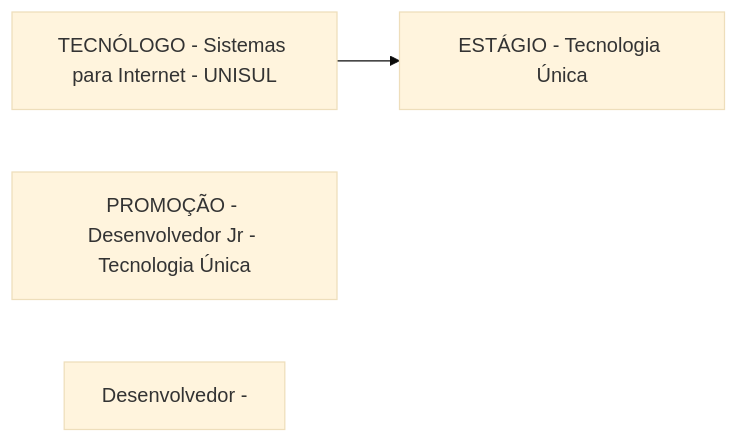
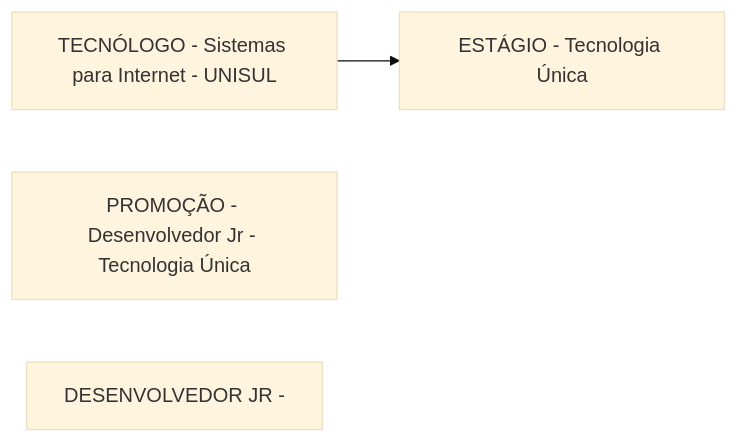
One commit to rafsp/Graduacao_FIAP changed the diagram in Advanced-Business-Development-with-.NET/1º-Semestre/Aula-01-%2D-Introdução-e-Apresentação/Apresentação-do-Professor.md. Above: the diagram before and after it, drawn with Mermaid (base theme).

Commit message:
Updated Apresentação do Professor

```diff
--- a/Advanced-Business-Development-with-.NET/1º-Semestre/Aula-01-%2D-Introdução-e-Apresentação/Apresentação-do-Professor.md
+++ b/Advanced-Business-Development-with-.NET/1º-Semestre/Aula-01-%2D-Introdução-e-Apresentação/Apresentação-do-Professor.md
@@ -1,8 +1,8 @@
 ::: mermaid
 flowchart LR;
 a[TECNÓLOGO - Sistemas para Internet - UNISUL]
 b[ESTÁGIO - Tecnologia Única];
 c[PROMOÇÃO - Desenvolvedor Jr - Tecnologia Única];
-d[Desenvolvedor - ]
+d[DESENVOLVEDOR JR - ]
 a-->b;
 :::
```
